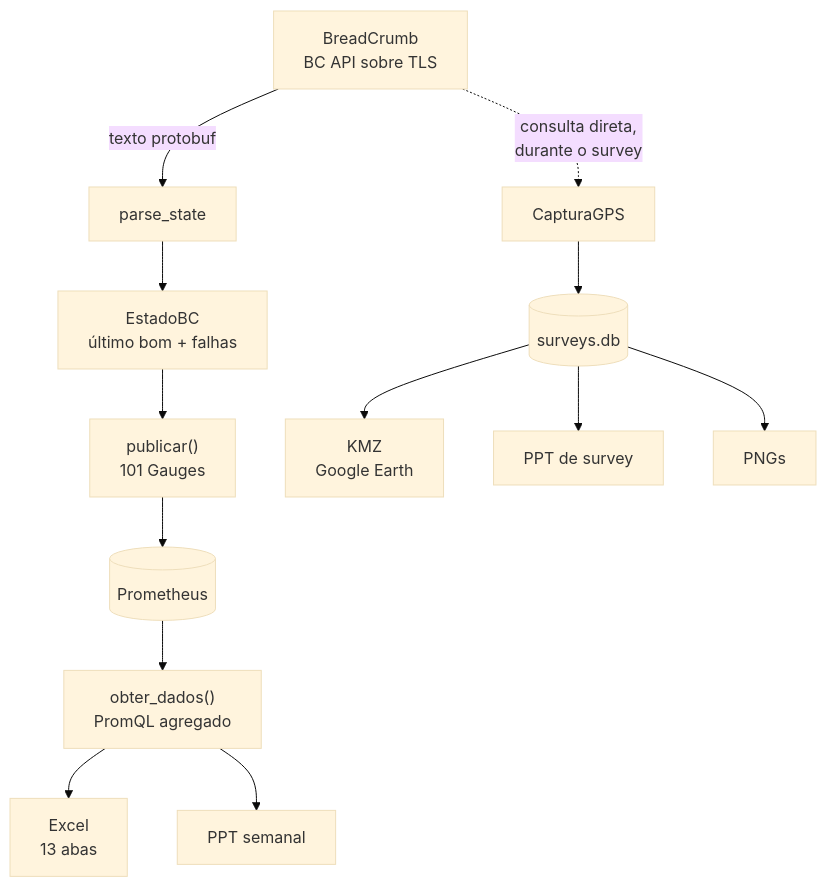
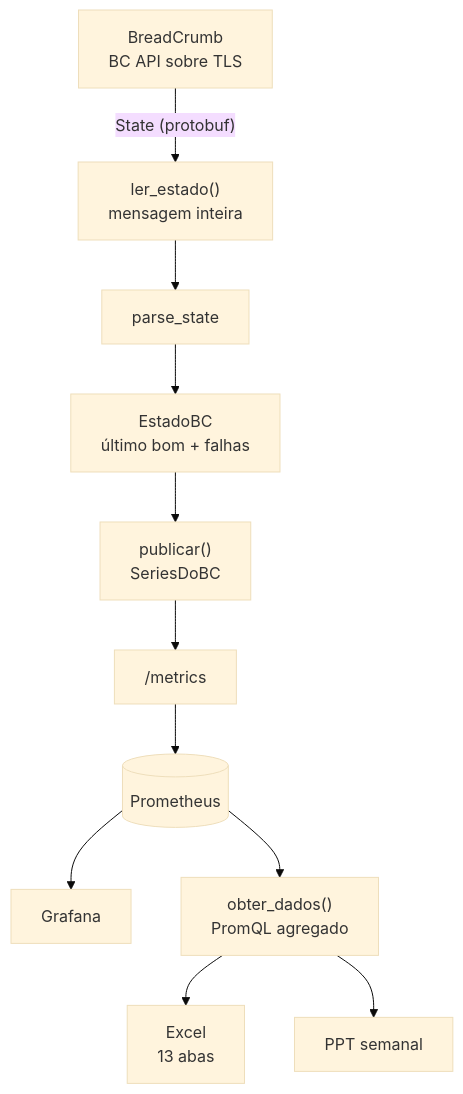
Before and after one commit to Mrluuh12/aluno: the first of 2 diagrams in ARQUITETURA.md, drawn with Mermaid (base theme). The commit also changed other lines of this file and 22 other files, not shown here.

````diff
--- a/ARQUITETURA.md
+++ b/ARQUITETURA.md
@@ -135,15 +117,13 @@
 ```mermaid
 flowchart TD
-    BC["BreadCrumb<br/>BC API sobre TLS"] -->|texto protobuf| P[parse_state]
+    BC["BreadCrumb<br/>BC API sobre TLS"] -->|"State (protobuf)"| L["ler_estado()<br/>mensagem inteira"]
+    L --> P[parse_state]
     P --> E["EstadoBC<br/>último bom + falhas"]
-    E --> M["publicar()<br/>101 Gauges"]
-    M --> PR[(Prometheus)]
+    E --> M["publicar()<br/>SeriesDoBC"]
+    M --> MX["/metrics"]
+    MX --> PR[(Prometheus)]
+    PR --> G[Grafana]
     PR --> OD["obter_dados()<br/>PromQL agregado"]
     OD --> XL["Excel<br/>13 abas"]
     OD --> PP["PPT semanal"]
-    BC -.->|consulta direta,<br/>durante o survey| CG[CapturaGPS]
-    CG --> DB[(surveys.db)]
-    DB --> KMZ["KMZ<br/>Google Earth"]
-    DB --> PS["PPT de survey"]
-    DB --> PNG["PNGs"]
 ```
````
